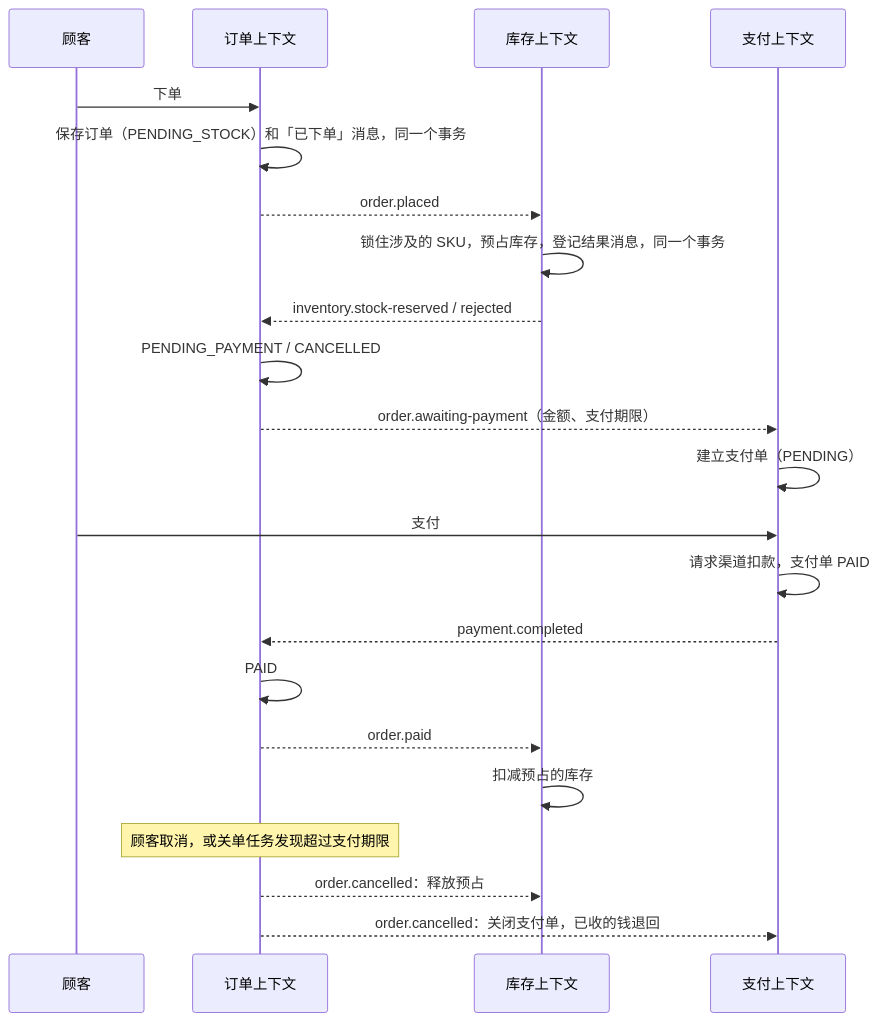
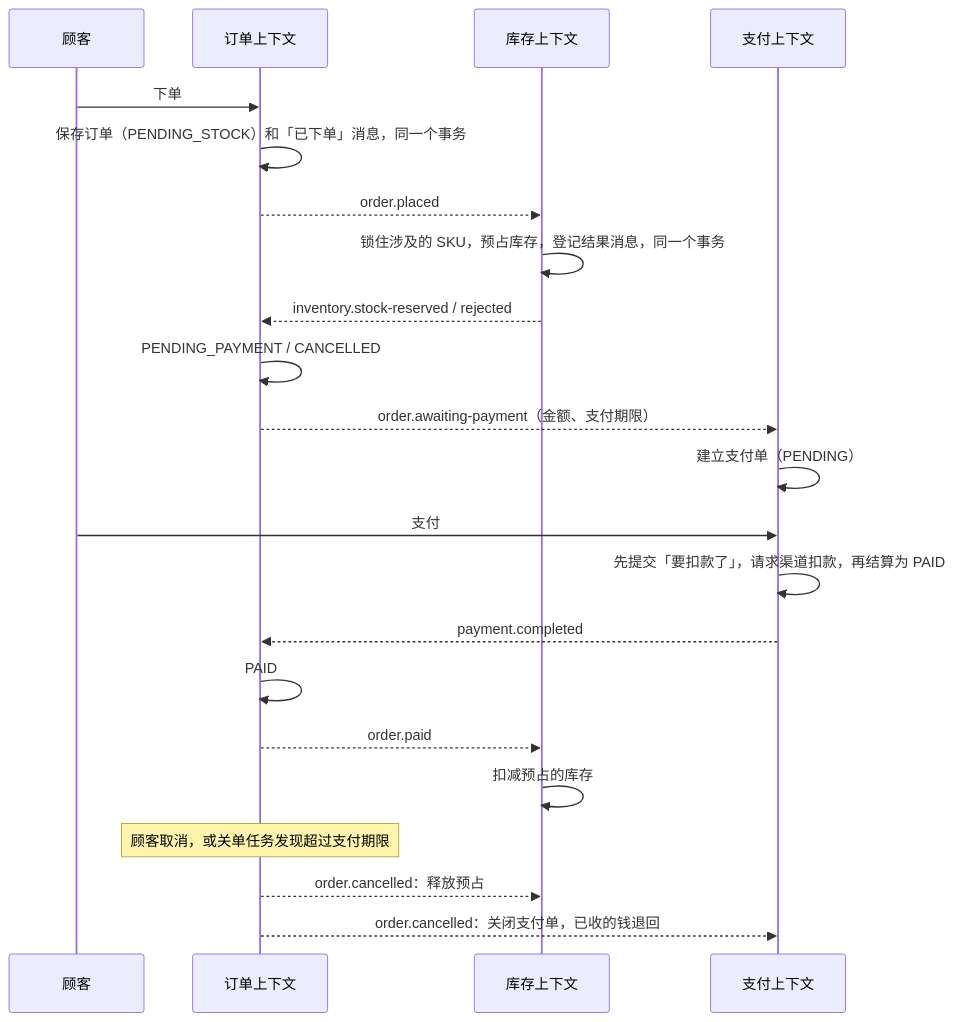
The diagram in ddk-examples/ddk-mall/README.md (poppycoderr/domain-driven-kit), drawn with Mermaid before and after one commit. The commit also changed other lines of this file and 15 other files, not shown here.

````diff
--- a/ddk-examples/ddk-mall/README.md
+++ b/ddk-examples/ddk-mall/README.md
@@ -212,24 +212,24 @@
 ```mermaid
 sequenceDiagram
     participant C as 顾客
     participant O as 订单上下文
     participant I as 库存上下文
     participant P as 支付上下文
     C->>O: 下单
     O->>O: 保存订单（PENDING_STOCK）和「已下单」消息，同一个事务
     O-->>I: order.placed
     I->>I: 锁住涉及的 SKU，预占库存，登记结果消息，同一个事务
     I-->>O: inventory.stock-reserved / rejected
     O->>O: PENDING_PAYMENT / CANCELLED
     O-->>P: order.awaiting-payment（金额、支付期限）
     P->>P: 建立支付单（PENDING）
     C->>P: 支付
-    P->>P: 请求渠道扣款，支付单 PAID
+    P->>P: 先提交「要扣款了」，请求渠道扣款，再结算为 PAID
     P-->>O: payment.completed
     O->>O: PAID
     O-->>I: order.paid
     I->>I: 扣减预占的库存
     Note over O: 顾客取消，或关单任务发现超过支付期限
     O-->>I: order.cancelled：释放预占
     O-->>P: order.cancelled：关闭支付单，已收的钱退回
 ```
````
